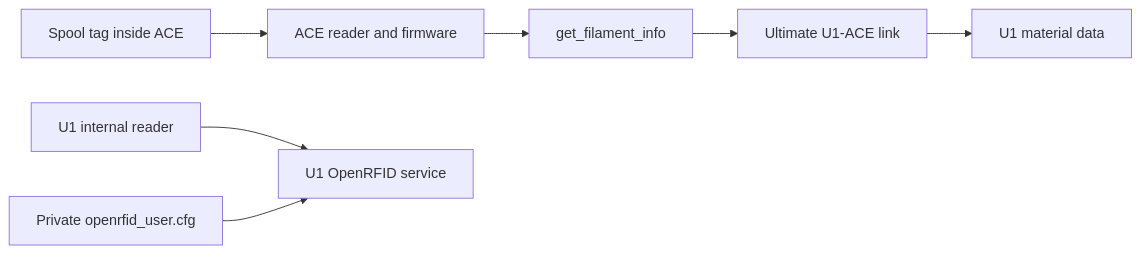
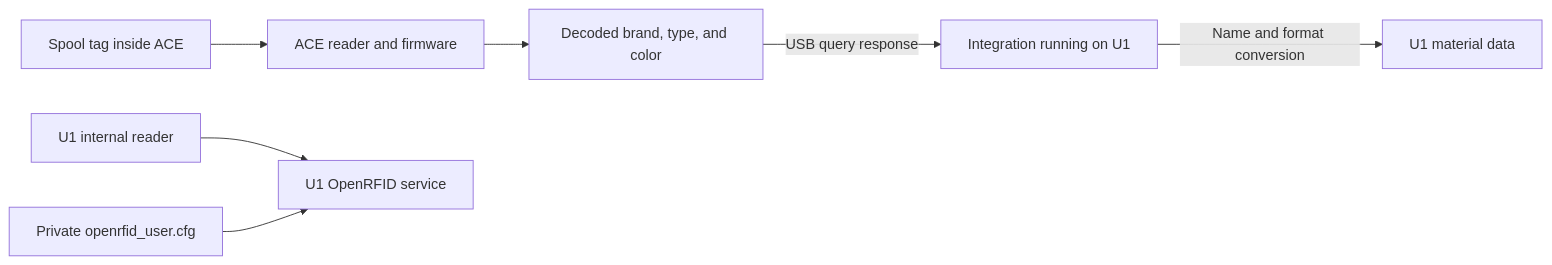
The diagram in docs/nfc.md (Alexantry/Ultimate-U1-ACE-link), drawn with Mermaid before and after one commit. The commit also changed other lines of this file and 16 other files, not shown here.

````diff
--- a/docs/nfc.md
+++ b/docs/nfc.md
@@ -61,9 +65,9 @@
 ```mermaid
 flowchart LR
     Tag[Spool tag inside ACE] --> Reader[ACE reader and firmware]
-    Reader --> Data[get_filament_info]
-    Data --> Port[Ultimate U1-ACE link]
-    Port --> U1[U1 material data]
+    Reader --> Data[Decoded brand, type, and color]
+    Data -->|USB query response| Port[Integration running on U1]
+    Port -->|Name and format conversion| U1[U1 material data]
     Internal[U1 internal reader] --> OpenRFID[U1 OpenRFID service]
     Keys[Private openrfid_user.cfg] --> OpenRFID
 ```
````
